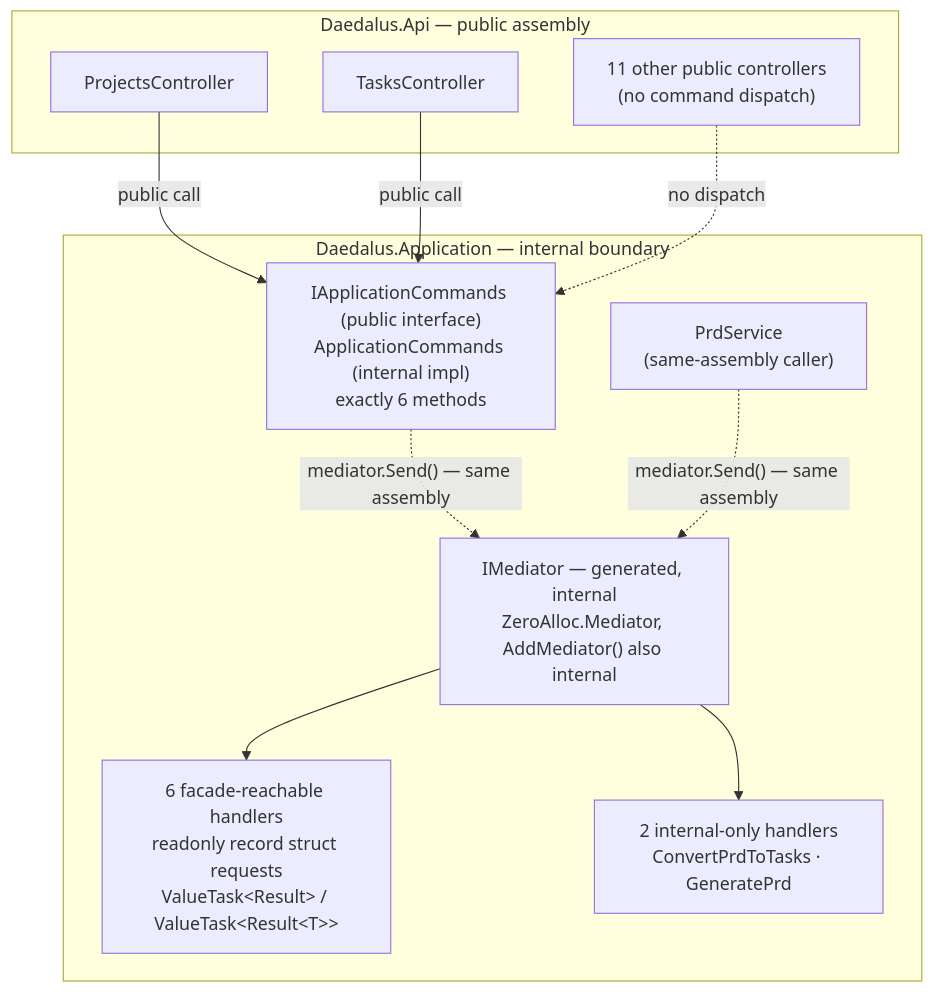
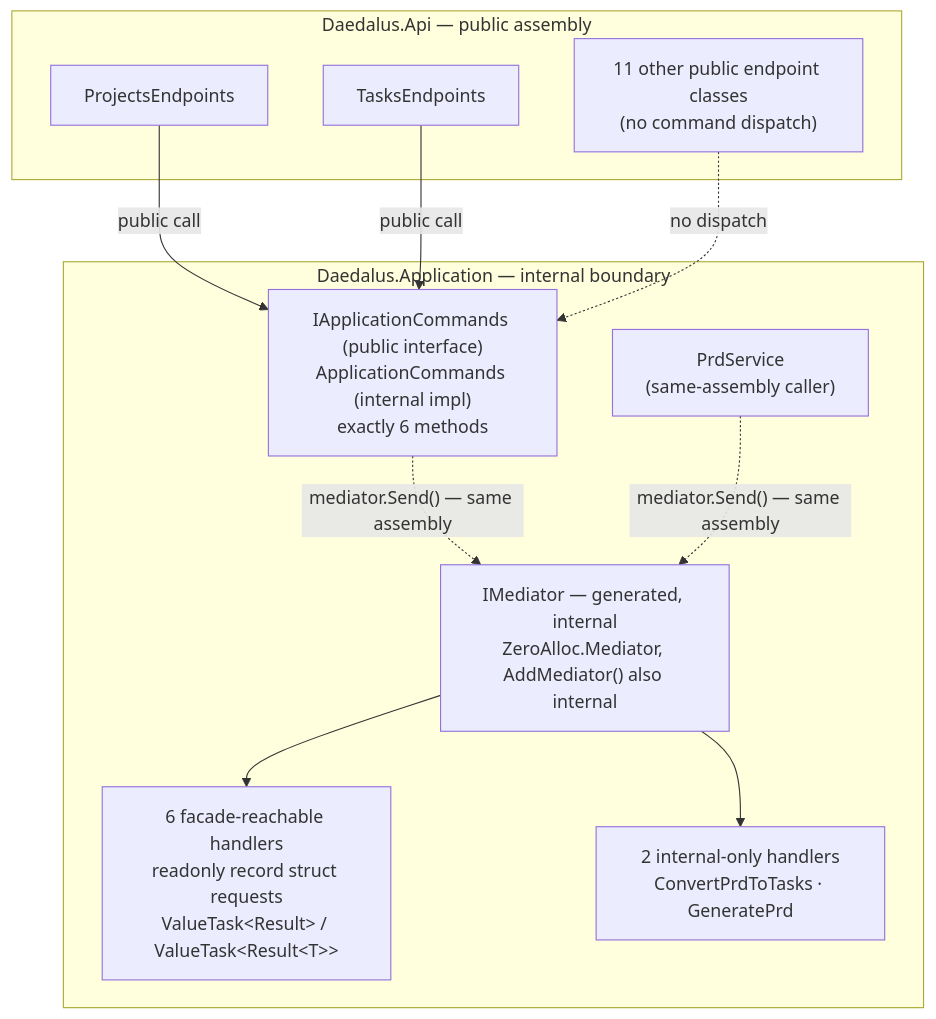
Before and after one commit to MarcelRoozekrans/Daedalus.NET: the fourth of 23 diagrams in docs/architecture-diagrams.md, drawn with Mermaid. The commit also changed other lines of this file and 5 other files, not shown here.

First line of the commit message:
docs: describe minimal API endpoints in place of controllers

````diff
--- a/docs/architecture-diagrams.md
+++ b/docs/architecture-diagrams.md
@@ -458,25 +458,25 @@
 ```mermaid
 graph TB
     subgraph API["Daedalus.Api — public assembly"]
-        Ctrl1["ProjectsController"]
-        Ctrl2["TasksController"]
-        CtrlOther["11 other public controllers<br/>(no command dispatch)"]
+        Ctrl1["ProjectsEndpoints"]
+        Ctrl2["TasksEndpoints"]
+        CtrlOther["11 other public endpoint classes<br/>(no command dispatch)"]
     end
 
     subgraph APP["Daedalus.Application — internal boundary"]
         Facade["IApplicationCommands (public interface)<br/>ApplicationCommands (internal impl)<br/>exactly 6 methods"]
         Mediator["IMediator — generated, internal<br/>ZeroAlloc.Mediator, AddMediator() also internal"]
         H8["6 facade-reachable handlers<br/>readonly record struct requests<br/>ValueTask&lt;Result&gt; / ValueTask&lt;Result&lt;T&gt;&gt;"]
         Internal["PrdService<br/>(same-assembly caller)"]
         H4["2 internal-only handlers<br/>ConvertPrdToTasks · GeneratePrd"]
     end
 
     Ctrl1 -->|"public call"| Facade
     Ctrl2 -->|"public call"| Facade
     Facade -.->|"mediator.Send() — same assembly"| Mediator
     Mediator --> H8
     Internal -.->|"mediator.Send() — same assembly"| Mediator
     Mediator --> H4
 
     CtrlOther -.->|"no dispatch"| Facade
 ```
````
